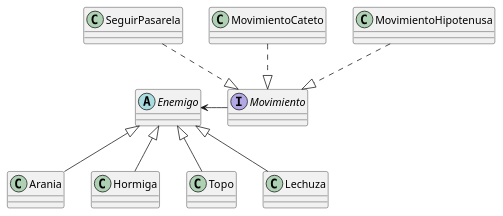
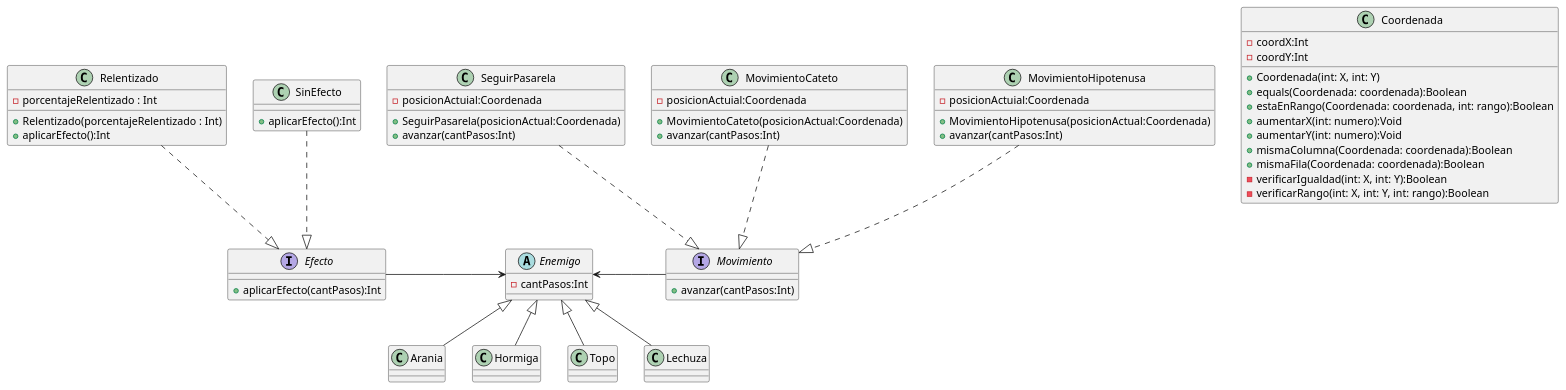
Before and after one commit to mogartio/Algo3: the diagram in diagrams/classes/EnemigosV2.plantuml, drawn with PlantUML. The commit also changed 47 other files, not shown here.

```diff
--- a/diagrams/classes/EnemigosV2.plantuml
+++ b/diagrams/classes/EnemigosV2.plantuml
@@ -1,26 +1,81 @@
 @startuml
 
-abstract class Enemigo{}
+abstract class Enemigo{
+- cantPasos:Int
+}
 
-interface Movimiento{}
+interface Efecto{
++ aplicarEfecto(cantPasos):Int
+}
 
-class SeguirPasarela{}
-class MovimientoCateto{}
-class MovimientoHipotenusa{}
+class Relentizado{
+- porcentajeRelentizado : Int
+
++ Relentizado(porcentajeRelentizado : Int)
++ aplicarEfecto():Int
+}
+
+class SinEfecto{
++ aplicarEfecto():Int
+}
+
+interface Movimiento{
++ avanzar(cantPasos:Int)
+}
+
+class SeguirPasarela{
+- posicionActuial:Coordenada
+
++ SeguirPasarela(posicionActual:Coordenada)
++ avanzar(cantPasos:Int)
+}
+class MovimientoCateto{
+- posicionActuial:Coordenada
+
++ MovimientoCateto(posicionActual:Coordenada)
++ avanzar(cantPasos:Int)
+}
+class MovimientoHipotenusa{
+- posicionActuial:Coordenada
+
++ MovimientoHipotenusa(posicionActual:Coordenada)
++ avanzar(cantPasos:Int)
+}
 
 class Arania{}
 class Hormiga{}
 class Topo{}
 class Lechuza{}
 
+class Coordenada{
+- coordX:Int
+- coordY:Int
+
++ Coordenada(int: X, int: Y)
++ equals(Coordenada: coordenada):Boolean
++ estaEnRango(Coordenada: coordenada, int: rango):Boolean
++ aumentarX(int: numero):Void
++ aumentarY(int: numero):Void
++ mismaColumna(Coordenada: coordenada):Boolean
++ mismaFila(Coordenada: coordenada):Boolean
+- verificarIgualdad(int: X, int: Y):Boolean
+- verificarRango(int: X, int: Y, int: rango):Boolean
+
+}
+
+
 MovimientoCateto ..|> Movimiento
 MovimientoHipotenusa ..|> Movimiento
 SeguirPasarela ..|> Movimiento
+
+SinEfecto ..|> Efecto
+Relentizado ..|> Efecto
 
 Enemigo <|-- Arania
 Enemigo <|-- Hormiga
 Enemigo <|-- Topo
 Enemigo <|-- Lechuza
 
 Enemigo <- Movimiento
+Efecto -> Enemigo
 @enduml
```
